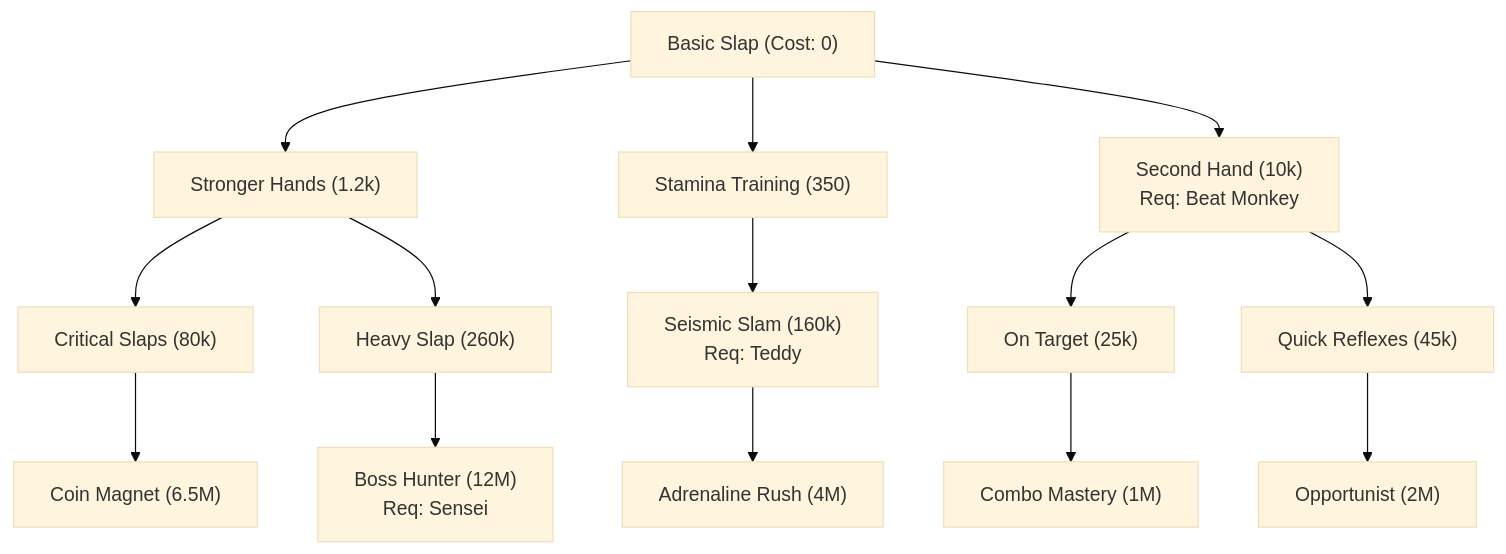
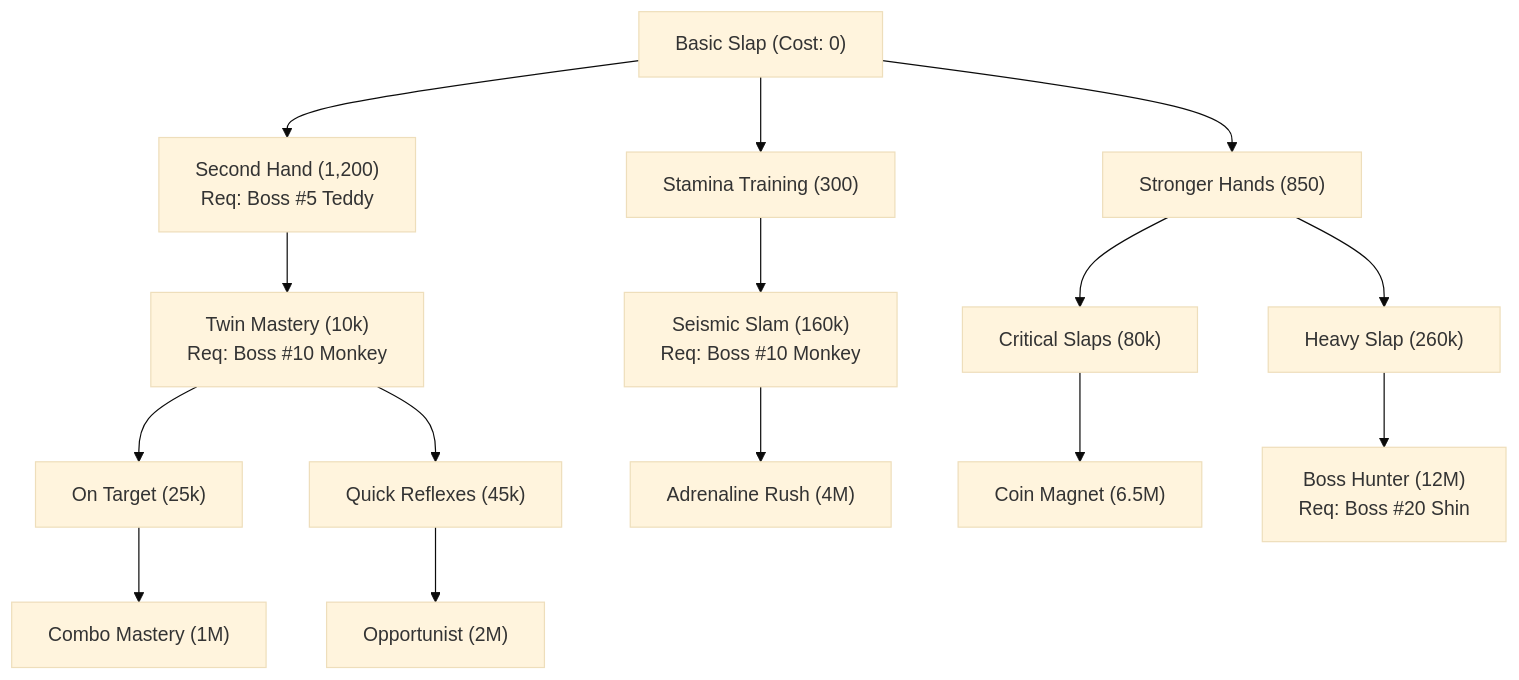
One commit to Gauravzz12/These-Hands changed the third of 3 diagrams in docs/GAME_DESIGN_AND_ECONOMY_BIBLE.md. Above: the diagram before and after it, drawn with Mermaid (base theme). The commit also changed other lines of this file and 3 other files, not shown here.

````diff
--- a/docs/GAME_DESIGN_AND_ECONOMY_BIBLE.md
+++ b/docs/GAME_DESIGN_AND_ECONOMY_BIBLE.md
@@ -268,23 +374,24 @@
 ```mermaid
 flowchart TD
     Basic["Basic Slap (Cost: 0)"]
-    Stronger["Stronger Hands (1.2k)"]
-    Stamina["Stamina Training (350)"]
-    SecondHand["Second Hand (10k)\nReq: Beat Monkey"]
+    Stronger["Stronger Hands (850)"]
+    Stamina["Stamina Training (300)"]
+    SecondHand["Second Hand (1,200)\nReq: Boss #5 Teddy"]
 
     Basic --> Stronger
     Basic --> Stamina
     Basic --> SecondHand
 
-    SecondHand --> OnTarget["On Target (25k)"]
-    SecondHand --> QuickReflexes["Quick Reflexes (45k)"]
+    SecondHand --> TwinMastery["Twin Mastery (10k)\nReq: Boss #10 Monkey"]
+    TwinMastery --> OnTarget["On Target (25k)"]
+    TwinMastery --> QuickReflexes["Quick Reflexes (45k)"]
     Stronger --> CritSlaps["Critical Slaps (80k)"]
     Stronger --> HeavySlap["Heavy Slap (260k)"]
-    Stamina --> Thunderclap["Seismic Slam (160k)\nReq: Teddy"]
+    Stamina --> Thunderclap["Seismic Slam (160k)\nReq: Boss #10 Monkey"]
 
     OnTarget --> ComboMastery["Combo Mastery (1M)"]
     QuickReflexes --> DizzyPunisher["Opportunist (2M)"]
     Thunderclap --> ClutchSurge["Adrenaline Rush (4M)"]
     CritSlaps --> CoinMagnet["Coin Magnet (6.5M)"]
-    HeavySlap --> BossHunter["Boss Hunter (12M)\nReq: Sensei"]
+    HeavySlap --> BossHunter["Boss Hunter (12M)\nReq: Boss #20 Shin"]
 ```
````
